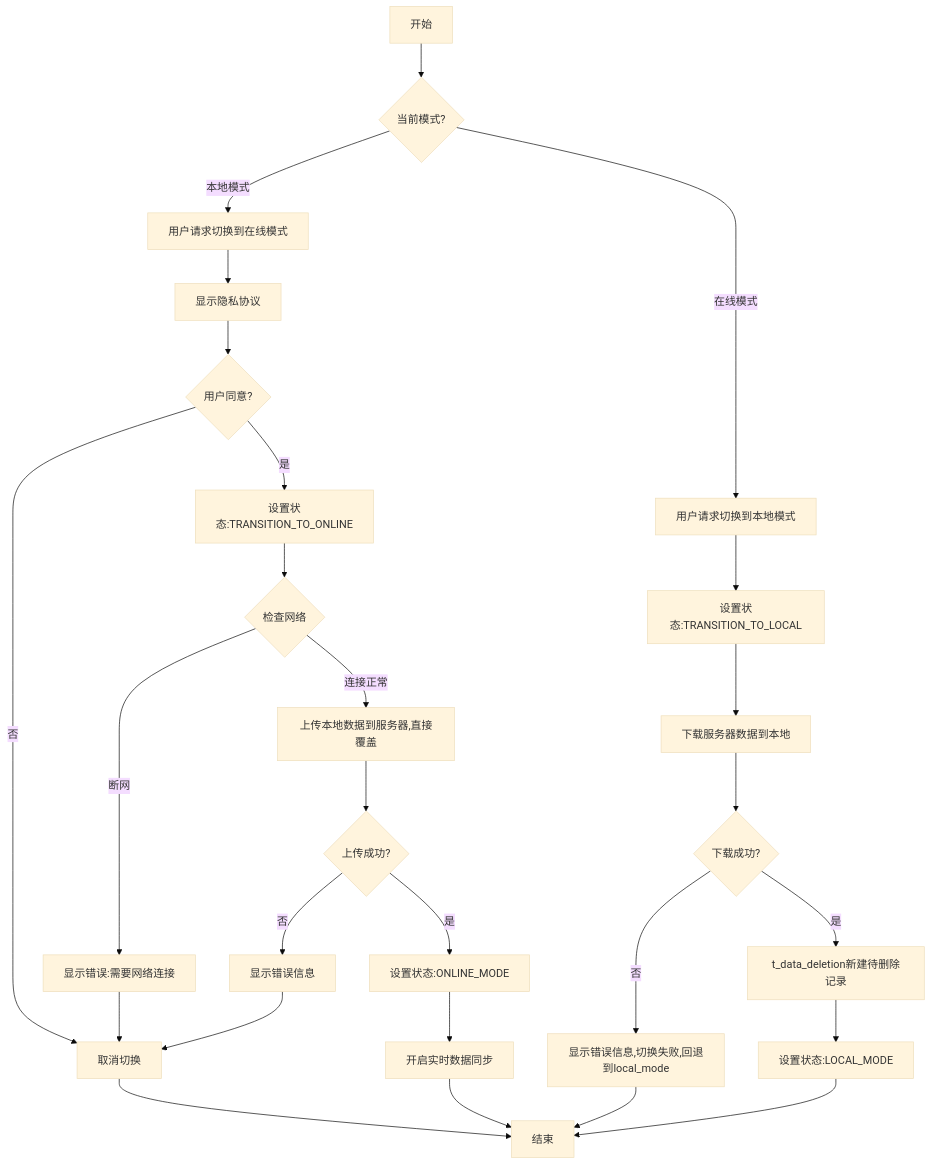
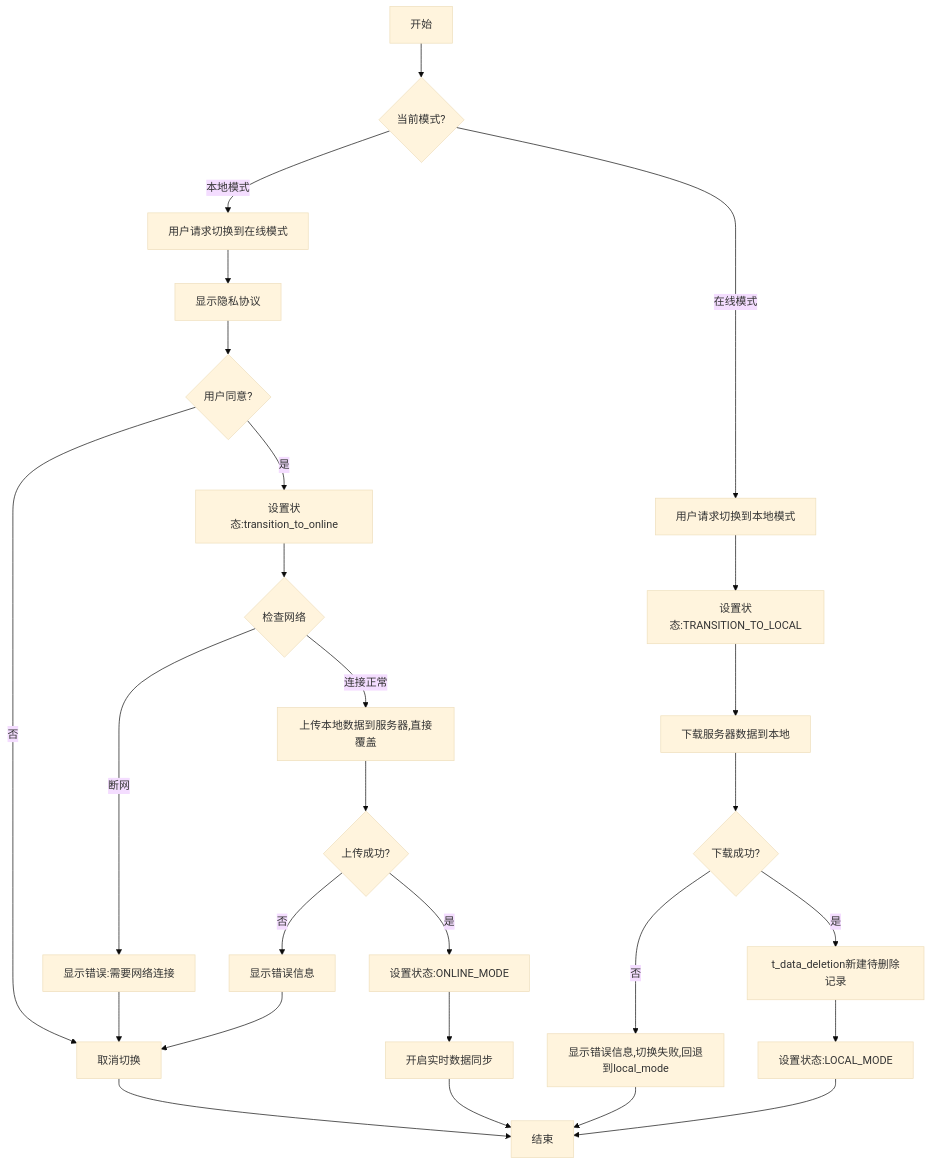
The diagram in all/未命名-50.md (yingjianzh/iodraw-files), drawn with Mermaid (base theme) before and after one commit.

Commit message:
2025-05-08 16:16:09 update

````diff
--- a/all/未命名-50.md
+++ b/all/未命名-50.md
@@ -1,34 +1,34 @@
 ```mermaid
 
 flowchart TD
     A[开始] --> B{当前模式?}
     
     B -->|本地模式| C[用户请求切换到在线模式]
     C --> F[显示隐私协议]
     F --> G{用户同意?}
     G -->|否| H[取消切换]
     H --> Z[结束]
-    G -->|是| I[设置状态:TRANSITION_TO_ONLINE]
+    G -->|是| I[设置状态:transition_to_online]
     I --> J{检查网络}
     J -->|断网| K[显示错误:需要网络连接]
     K --> H
     J -->|连接正常| O[上传本地数据到服务器,直接覆盖]
     O --> P{上传成功?}
     P -->|否| Q[显示错误信息]
     Q --> H
     P -->|是| R[设置状态:ONLINE_MODE]
     R --> S[开启实时数据同步]
     S --> Z
     
     B -->|在线模式| T[用户请求切换到本地模式]
     T --> U[设置状态:TRANSITION_TO_LOCAL]
     U --> X[下载服务器数据到本地]
     X --> Y{下载成功?}
     Y -->|否| AA2[显示错误信息,切换失败,回退到local_mode]
     AA2 --> Z
     Y -->|是| AB2[t_data_deletion新建待删除记录]
 
     AB2 -->AE[设置状态:LOCAL_MODE]
     AE --> Z
 
 ```
````
